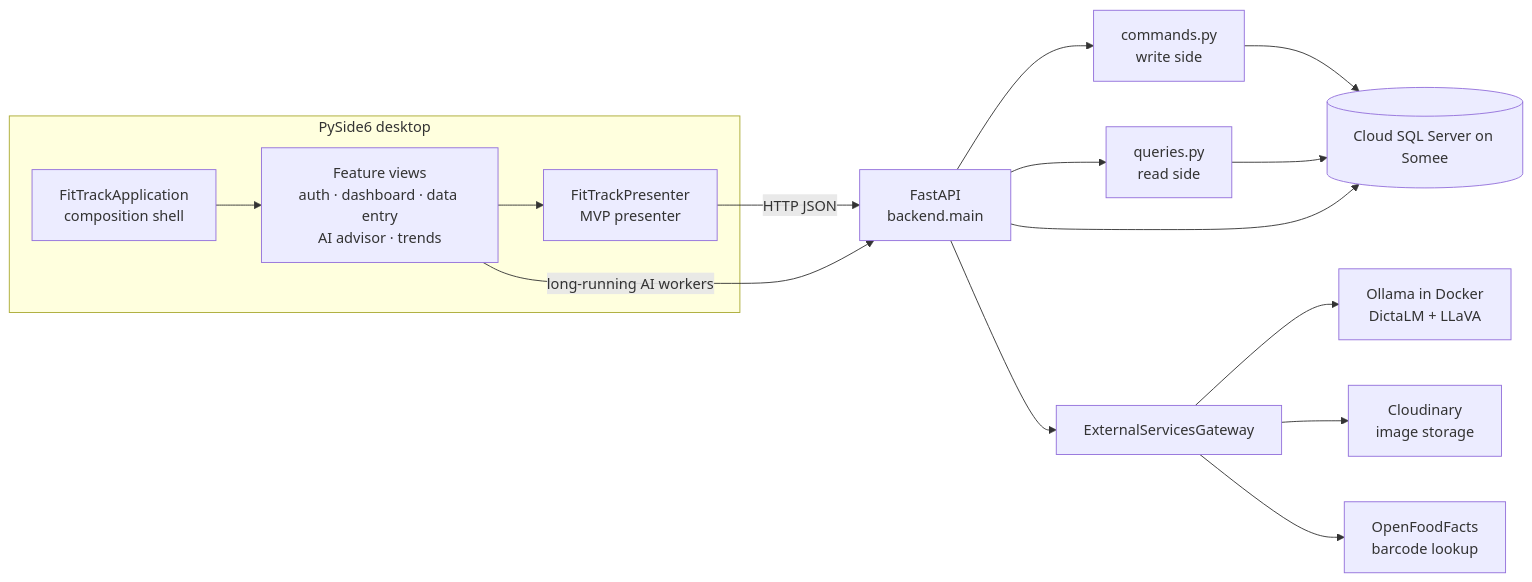
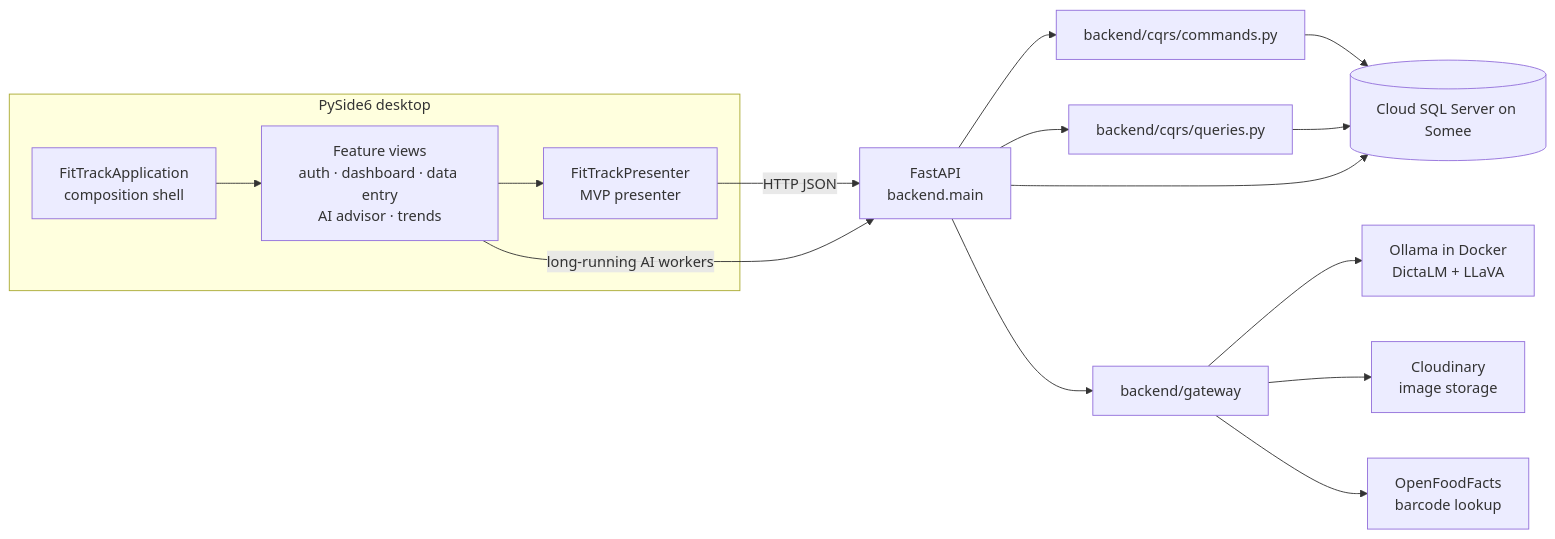
Before and after one commit to moriyakaduri/FitTrackAI: the first of 8 diagrams in docs/ARCHITECTURE.md, drawn with Mermaid. The commit also changed other lines of this file and 32 other files, not shown here.

Commit message:
refactor: organize architecture folders for defense

````diff
--- a/docs/ARCHITECTURE.md
+++ b/docs/ARCHITECTURE.md
@@ -39,24 +68,24 @@
 ```mermaid
 flowchart LR
     subgraph Desktop["PySide6 desktop"]
         Shell["FitTrackApplication\ncomposition shell"]
         Views["Feature views\nauth · dashboard · data entry\nAI advisor · trends"]
         Presenter["FitTrackPresenter\nMVP presenter"]
         Shell --> Views
         Views --> Presenter
     end
 
     Presenter -->|HTTP JSON| API["FastAPI\nbackend.main"]
     Views -->|long-running AI workers| API
 
-    API --> Commands["commands.py\nwrite side"]
-    API --> Queries["queries.py\nread side"]
-    API --> Gateway["ExternalServicesGateway"]
+    API --> Commands["backend/cqrs/commands.py"]
+    API --> Queries["backend/cqrs/queries.py"]
+    API --> Gateway["backend/gateway"]
 
     Commands --> DB[("Cloud SQL Server on Somee")]
     Queries --> DB
     API --> DB
     Gateway --> Ollama["Ollama in Docker\nDictaLM + LLaVA"]
     Gateway --> Cloudinary["Cloudinary\nimage storage"]
     Gateway --> OFF["OpenFoodFacts\nbarcode lookup"]
 ```
````
